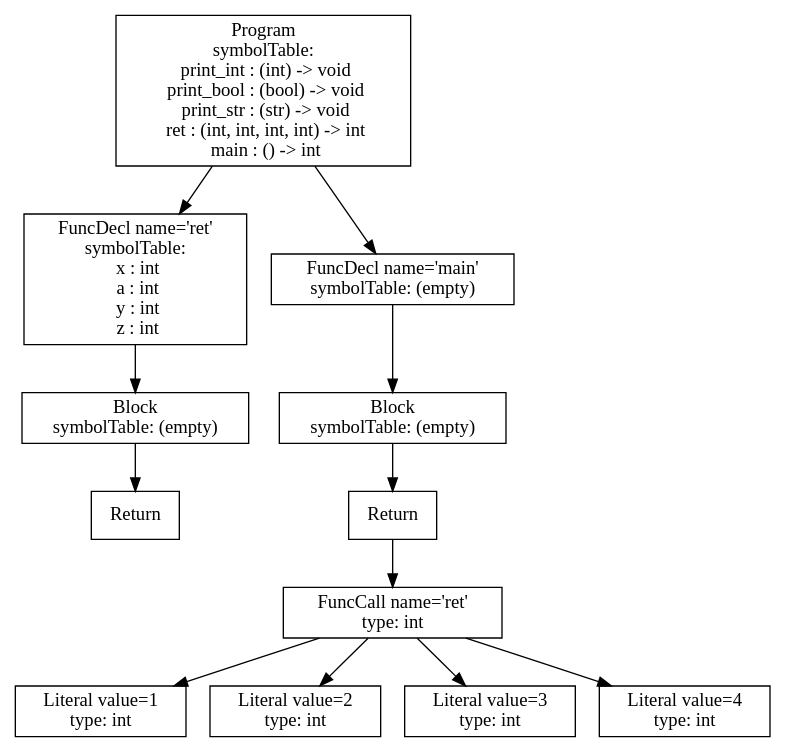
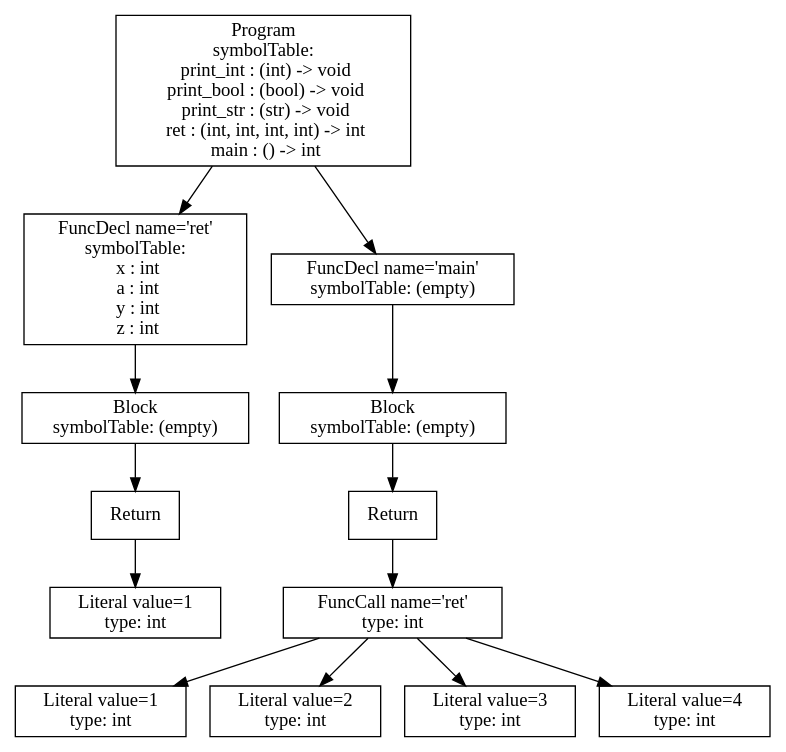
The diagram in p3-analysis/tree.dot (atrim11/CS432), drawn with Graphviz before and after one commit. The commit also changed 64 other files, not shown here.

```diff
--- a/p3-analysis/tree.dot
+++ b/p3-analysis/tree.dot
@@ -1,25 +1,27 @@
 digraph AST {
+4 [shape=box, label="Literal value=1\ntype: int"];
 3 [shape=box, label="Return"];
+3 -> 4;
 2 [shape=box, label="Block\nsymbolTable: (empty)"];
 2 -> 3;
 1 [shape=box, label="FuncDecl name='ret'\nsymbolTable: \n  x : int\n  a : int\n  y : int\n  z : int"];
 1 -> 2;
-8 [shape=box, label="Literal value=1\ntype: int"];
-9 [shape=box, label="Literal value=2\ntype: int"];
-10 [shape=box, label="Literal value=3\ntype: int"];
-11 [shape=box, label="Literal value=4\ntype: int"];
-7 [shape=box, label="FuncCall name='ret'\ntype: int"];
+9 [shape=box, label="Literal value=1\ntype: int"];
+10 [shape=box, label="Literal value=2\ntype: int"];
+11 [shape=box, label="Literal value=3\ntype: int"];
+12 [shape=box, label="Literal value=4\ntype: int"];
+8 [shape=box, label="FuncCall name='ret'\ntype: int"];
+8 -> 9;
+8 -> 10;
+8 -> 11;
+8 -> 12;
+7 [shape=box, label="Return"];
 7 -> 8;
-7 -> 9;
-7 -> 10;
-7 -> 11;
-6 [shape=box, label="Return"];
+6 [shape=box, label="Block\nsymbolTable: (empty)"];
 6 -> 7;
-5 [shape=box, label="Block\nsymbolTable: (empty)"];
+5 [shape=box, label="FuncDecl name='main'\nsymbolTable: (empty)"];
 5 -> 6;
-4 [shape=box, label="FuncDecl name='main'\nsymbolTable: (empty)"];
-4 -> 5;
 0 [shape=box, label="Program\nsymbolTable: \n  print_int : (int) -> void\n  print_bool : (bool) -> void\n  print_str : (str) -> void\n  ret : (int, int, int, int) -> int\n  main : () -> int"];
 0 -> 1;
-0 -> 4;
+0 -> 5;
 }
```
